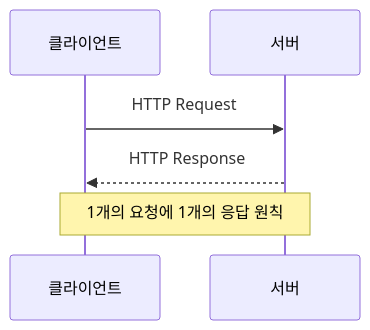
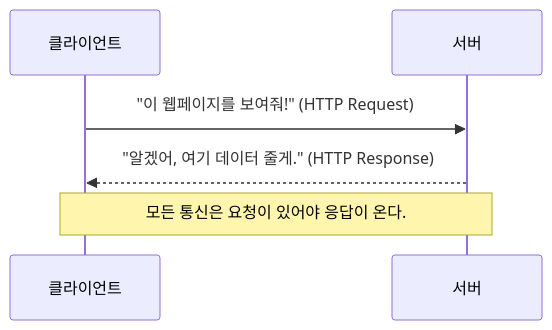
The first of 2 diagrams in Chapter I. 기반지식 학습/1. 기초 CS 이론/1. IT 리터러시/2. 앱웹 서비스를 위한 모든 것.md (hanaoverride/data-scientist-cookbook-for-korean), drawn with Mermaid before and after one commit. The commit also changed other lines of this file and 132 other files, not shown here.

````diff
--- a/Chapter I. 기반지식 학습/1. 기초 CS 이론/1. IT 리터러시/2. 앱웹 서비스를 위한 모든 것.md
+++ b/Chapter I. 기반지식 학습/1. 기초 CS 이론/1. IT 리터러시/2. 앱웹 서비스를 위한 모든 것.md
@@ -36,10 +23,10 @@
 ```mermaid
 sequenceDiagram
     participant 클라이언트
     participant 서버
     
-    클라이언트->>서버: HTTP Request
-    서버-->>클라이언트: HTTP Response
+    클라이언트->>서버: "이 웹페이지를 보여줘!" (HTTP Request)
+    서버-->>클라이언트: "알겠어, 여기 데이터 줄게." (HTTP Response)
     
-    Note over 클라이언트,서버: 1개의 요청에 1개의 응답 원칙
+    Note over 클라이언트,서버: 모든 통신은 요청이 있어야 응답이 온다.
 ```
````
